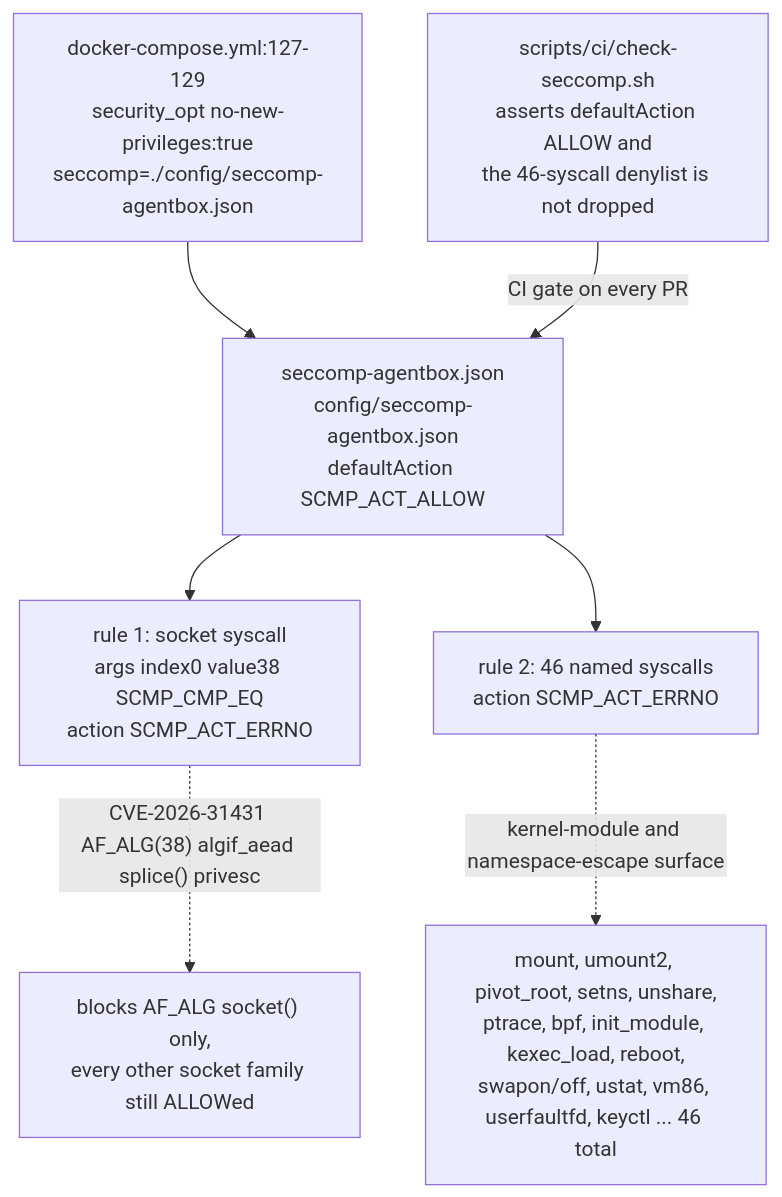
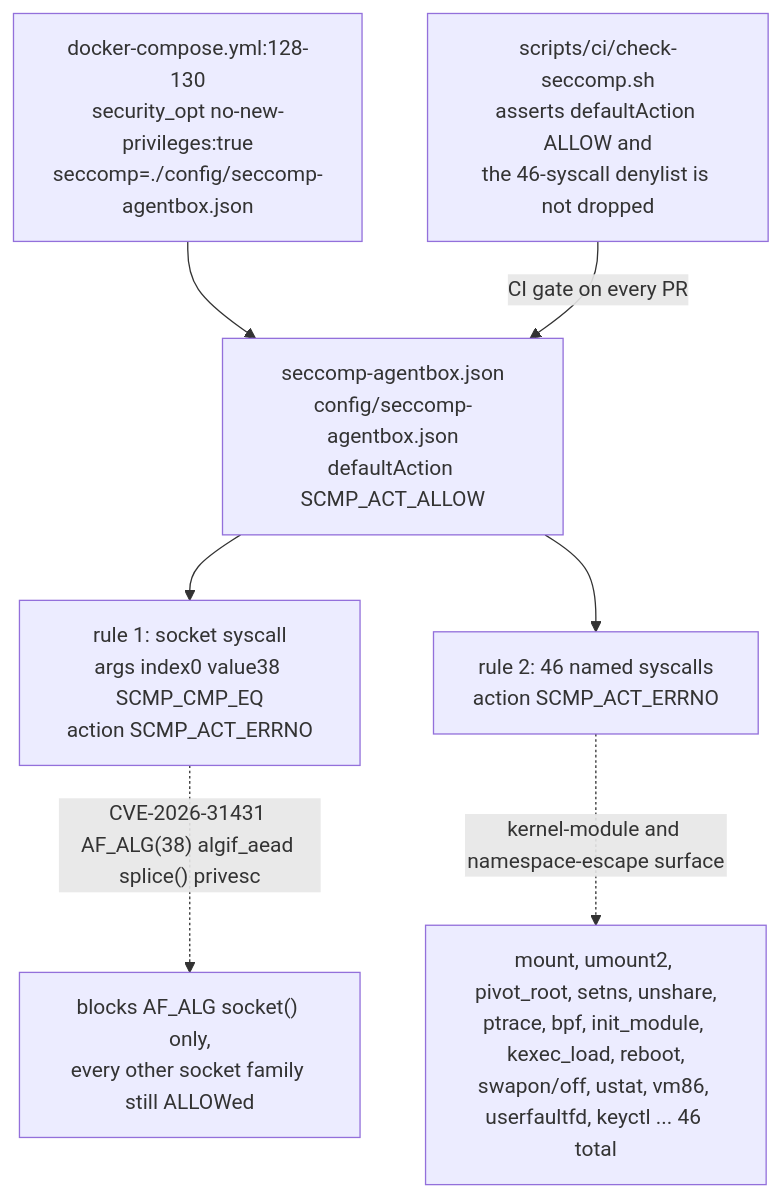
One commit to DreamLab-AI/VisionFlow changed diagram 14 of 21 in docs/diagrams/agentbox/02-boot-sequence-and-readiness.md. Above: the diagram before and after it, drawn with Mermaid. The commit also changed other lines of this file and 8 other files, not shown here.

First line of the commit message:
docs(diagrams): re-verify the NIP-98 proxy topics and the custody counts at agentbox 0693c761c (VF-DIAGRAM-NIP98-DRIFT)

````diff
--- a/docs/diagrams/agentbox/02-boot-sequence-and-readiness.md
+++ b/docs/diagrams/agentbox/02-boot-sequence-and-readiness.md
@@ -616,15 +619,15 @@
 ```mermaid
 flowchart TB
-    COMPOSE["docker-compose.yml:127-129<br/>security_opt no-new-privileges:true<br/>seccomp=./config/seccomp-agentbox.json"]
+    COMPOSE["docker-compose.yml:128-130<br/>security_opt no-new-privileges:true<br/>seccomp=./config/seccomp-agentbox.json"]
     PROFILE["seccomp-agentbox.json<br/>config/seccomp-agentbox.json<br/>defaultAction SCMP_ACT_ALLOW"]
     SOCK["rule 1: socket syscall<br/>args index0 value38 SCMP_CMP_EQ<br/>action SCMP_ACT_ERRNO"]
     DENY["rule 2: 46 named syscalls<br/>action SCMP_ACT_ERRNO"]
     CI["scripts/ci/check-seccomp.sh<br/>asserts defaultAction ALLOW and<br/>the 46-syscall denylist is not dropped"]
 
     COMPOSE --> PROFILE
     PROFILE --> SOCK
     PROFILE --> DENY
     SOCK -.->|"CVE-2026-31431 AF_ALG(38) algif_aead splice() privesc"| SOCKNOTE["blocks AF_ALG socket() only,<br/>every other socket family still ALLOWed"]
     DENY -.->|"kernel-module and namespace-escape surface"| DENYLIST["mount, umount2, pivot_root, setns, unshare,<br/>ptrace, bpf, init_module, kexec_load, reboot,<br/>swapon/off, ustat, vm86, userfaultfd, keyctl ... 46 total"]
     CI -->|"CI gate on every PR"| PROFILE
 ```
````
